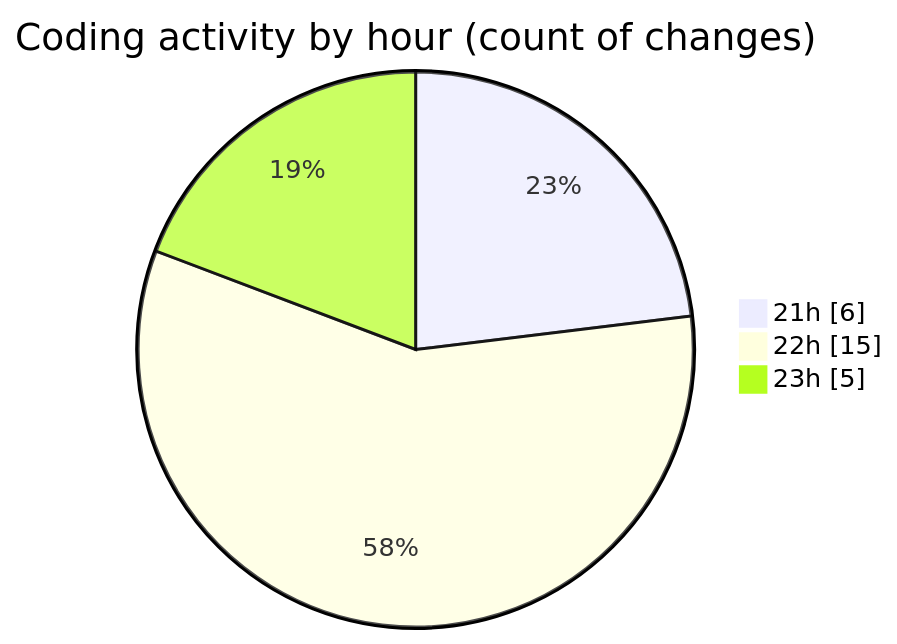
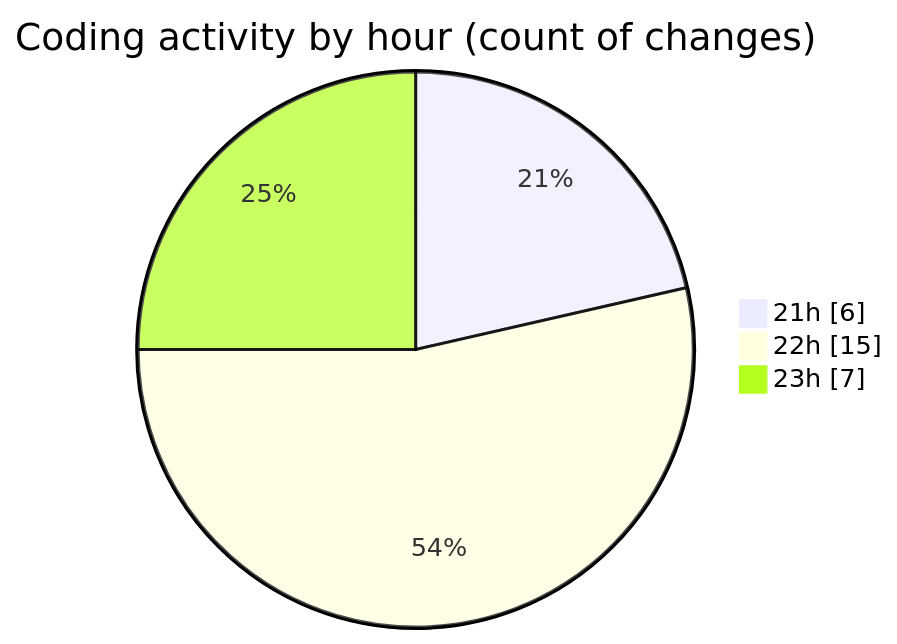
One commit to JenPaints/code-tracking changed the second of 2 diagrams in 2025-07-24/cohera/README.md. Above: the diagram before and after it, drawn with Mermaid. The commit also changed other lines of this file and 1 other file, not shown here.

````diff
--- a/2025-07-24/cohera/README.md
+++ b/2025-07-24/cohera/README.md
@@ -38,7 +40,7 @@
 ```mermaid
 pie showData
 title Coding activity by hour (count of changes)
 "21h" : 6
 "22h" : 15
-"23h" : 5
+"23h" : 7
 ```
````
